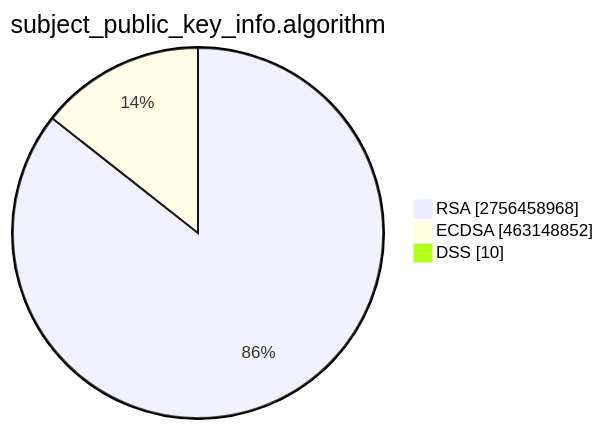
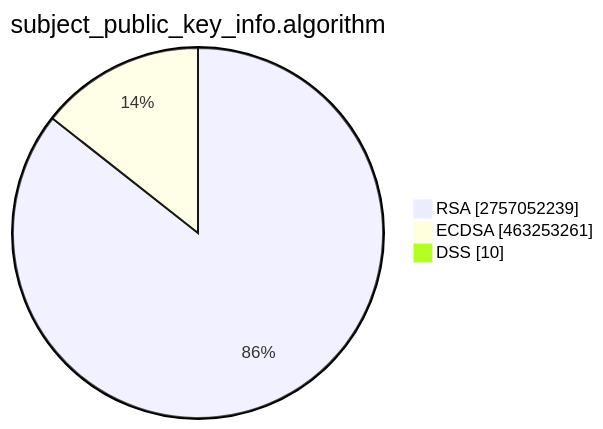
The second of 15 diagrams in TOTAL/README.md (christiankrug/ctmonitor_visualization), drawn with Mermaid before and after one commit. The commit also changed other lines of this file, not shown here.

````diff
--- a/TOTAL/README.md
+++ b/TOTAL/README.md
@@ -6,7 +6,7 @@
 ```mermaid
 pie showData
 title subject_public_key_info.algorithm
-"RSA" :2756458968
-"ECDSA" :463148852
+"RSA" :2757052239
+"ECDSA" :463253261
 "DSS" :10
 ```
````
